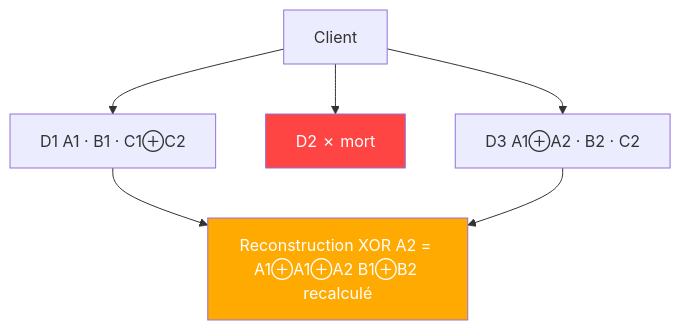
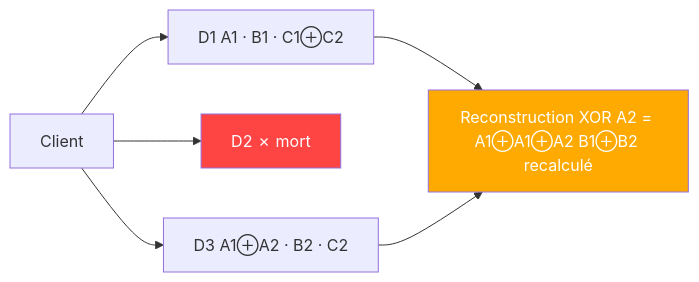
One commit to crbr666/231-Revisions changed diagram 12 of 14 in README.md. Above: the diagram before and after it, drawn with Mermaid. The commit also changed other lines of this file, not shown here.

Commit message:
Change mermaid graph direction from TD to LR

````diff
--- a/README.md
+++ b/README.md
@@ -342,10 +342,10 @@
 ```mermaid
-graph TD
+graph LR
     C[Client]
     C --> D1[D1 A1 · B1 · C1⊕C2]
     C --> D2[D2 ✗ mort]
     C --> D3[D3 A1⊕A2 · B2 · C2]
     D1 & D3 --> R[Reconstruction XOR A2 = A1⊕A1⊕A2 B1⊕B2 recalculé]
     style D2 fill:#ff4444,color:#fff
     style R fill:#ffaa00,color:#fff
 ```
````
